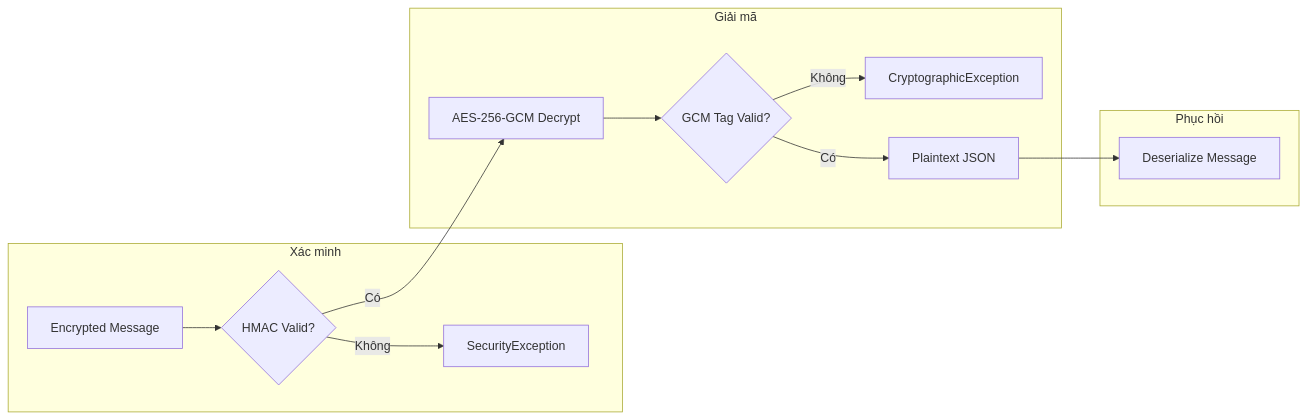
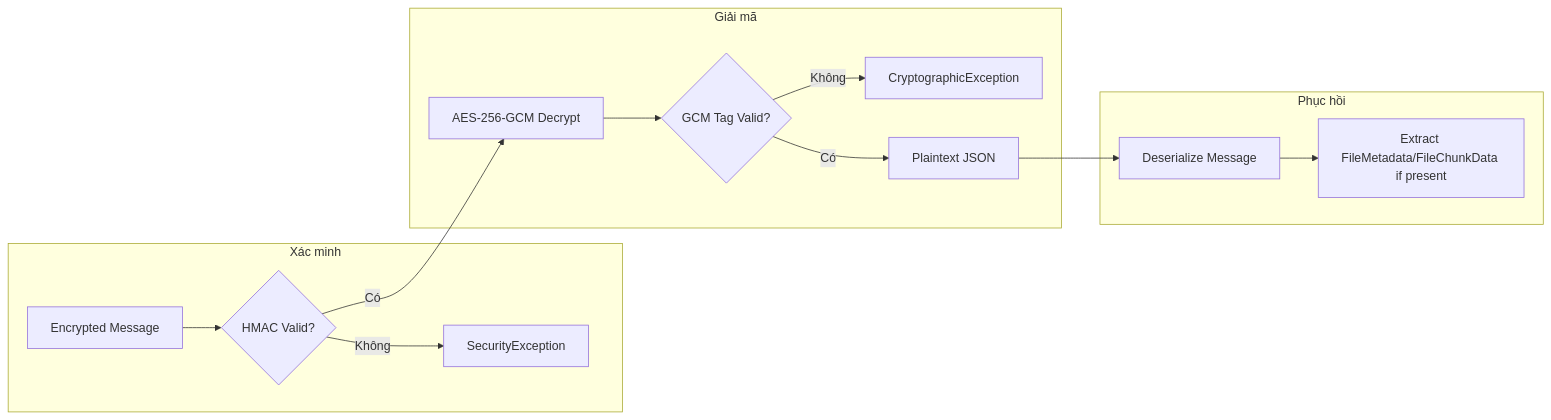
The eighth of 9 diagrams in docs/SECURITY_FLOW.md (QuocVinhTrinhLam/SecureChat-System), drawn with Mermaid before and after one commit. The commit also changed other lines of this file and 2 other files, not shown here.

````diff
--- a/docs/SECURITY_FLOW.md
+++ b/docs/SECURITY_FLOW.md
@@ -196,18 +361,19 @@
 ```mermaid
 flowchart LR
     subgraph Xác minh
         A[Encrypted Message] --> B{HMAC Valid?}
         B -->|Không| C[SecurityException]
     end
     
     subgraph Giải mã
         B -->|Có| D[AES-256-GCM Decrypt]
         D --> E{GCM Tag Valid?}
         E -->|Không| F[CryptographicException]
         E -->|Có| G[Plaintext JSON]
     end
     
     subgraph Phục hồi
         G --> H[Deserialize Message]
+        H --> I[Extract FileMetadata/FileChunkData if present]
     end
 ```
````
